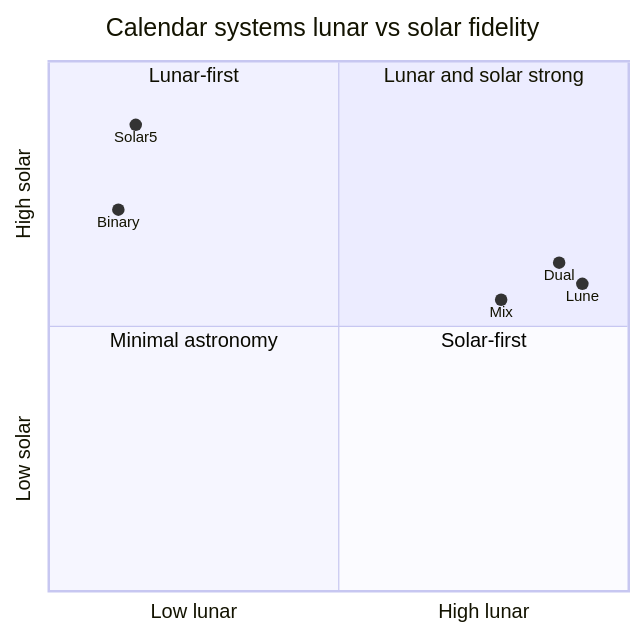
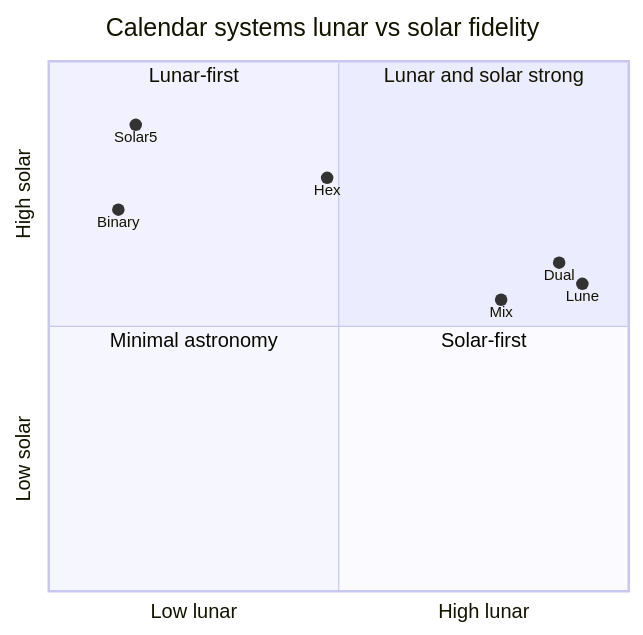
The first of 4 diagrams in 06-visual/systems-quadrant.md (ProgrammerNomad/Epact), drawn with Mermaid before and after one commit. The commit also changed other lines of this file and 23 other files, not shown here.

````diff
--- a/06-visual/systems-quadrant.md
+++ b/06-visual/systems-quadrant.md
@@ -5,15 +5,16 @@
 ```mermaid
 quadrantChart
     title Calendar systems lunar vs solar fidelity
     x-axis Low lunar --> High lunar
     y-axis Low solar --> High solar
     quadrant-1 "Lunar and solar strong"
     quadrant-2 "Lunar-first"
     quadrant-3 "Minimal astronomy"
     quadrant-4 "Solar-first"
     Lune: [0.92, 0.58]
     Mix: [0.78, 0.55]
     Dual: [0.88, 0.62]
+    Hex: [0.48, 0.78]
     Binary: [0.12, 0.72]
     Solar5: [0.15, 0.88]
 ```
````
